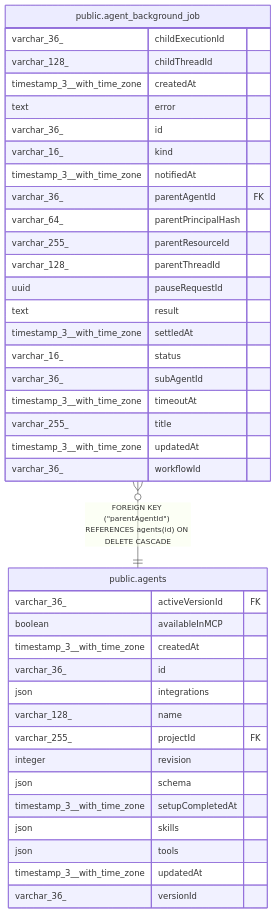
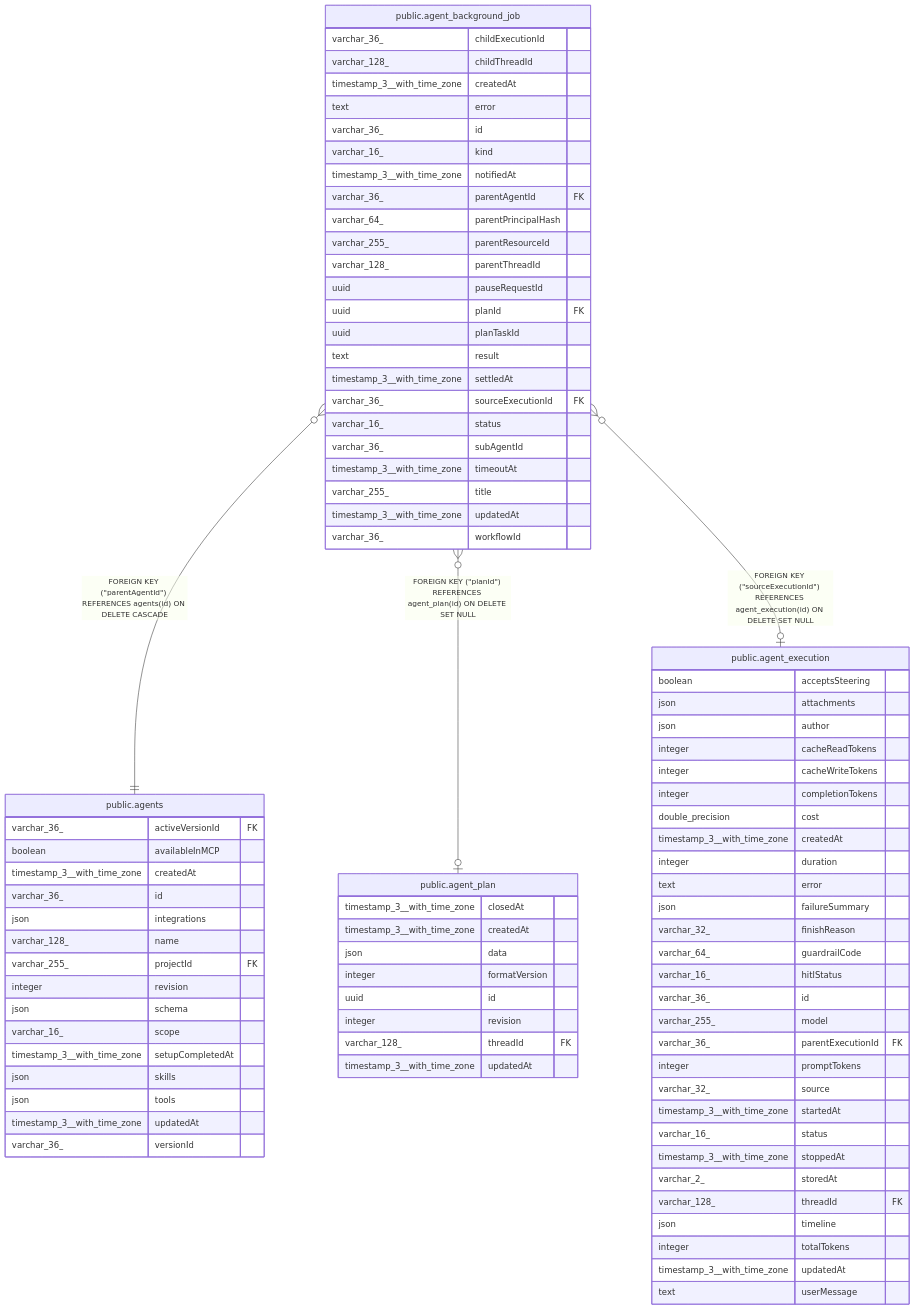
Before and after one commit to sreent/n8n: the diagram in docs/generated/postgres-schema/public.agent_background_job.md, drawn with Mermaid. The commit also changed other lines of this file and 7993 other files, not shown here.

````diff
--- a/docs/generated/postgres-schema/public.agent_background_job.md
+++ b/docs/generated/postgres-schema/public.agent_background_job.md
@@ -62,6 +69,8 @@
 erDiagram
 
 "public.agent_background_job" }o--|| "public.agents" : "FOREIGN KEY (#quot;parentAgentId#quot;) REFERENCES agents(id) ON DELETE CASCADE"
+"public.agent_background_job" }o--o| "public.agent_plan" : "FOREIGN KEY (#quot;planId#quot;) REFERENCES agent_plan(id) ON DELETE SET NULL"
+"public.agent_background_job" }o--o| "public.agent_execution" : "FOREIGN KEY (#quot;sourceExecutionId#quot;) REFERENCES agent_execution(id) ON DELETE SET NULL"
 
 "public.agent_background_job" {
   varchar_36_ childExecutionId
@@ -76,8 +85,11 @@
   varchar_255_ parentResourceId
   varchar_128_ parentThreadId
   uuid pauseRequestId
+  uuid planId FK
+  uuid planTaskId
   text result
   timestamp_3__with_time_zone settledAt
+  varchar_36_ sourceExecutionId FK
   varchar_16_ status
   varchar_36_ subAgentId
   timestamp_3__with_time_zone timeoutAt
@@ -95,10 +107,51 @@
   varchar_255_ projectId FK
   integer revision
   json schema
+  varchar_16_ scope
   timestamp_3__with_time_zone setupCompletedAt
   json skills
   json tools
   timestamp_3__with_time_zone updatedAt
   varchar_36_ versionId
 }
+"public.agent_plan" {
+  timestamp_3__with_time_zone closedAt
+  timestamp_3__with_time_zone createdAt
+  json data
+  integer formatVersion
+  uuid id
+  integer revision
+  varchar_128_ threadId FK
+  timestamp_3__with_time_zone updatedAt
+}
+"public.agent_execution" {
+  boolean acceptsSteering
+  json attachments
+  json author
+  integer cacheReadTokens
+  integer cacheWriteTokens
+  integer completionTokens
+  double_precision cost
+  timestamp_3__with_time_zone createdAt
+  integer duration
+  text error
+  json failureSummary
+  varchar_32_ finishReason
+  varchar_64_ guardrailCode
+  varchar_16_ hitlStatus
+  varchar_36_ id
+  varchar_255_ model
+  varchar_36_ parentExecutionId FK
+  integer promptTokens
+  varchar_32_ source
+  timestamp_3__with_time_zone startedAt
+  varchar_16_ status
+  timestamp_3__with_time_zone stoppedAt
+  varchar_2_ storedAt
+  varchar_128_ threadId FK
+  json timeline
+  integer totalTokens
+  timestamp_3__with_time_zone updatedAt
+  text userMessage
+}
 ```
````
